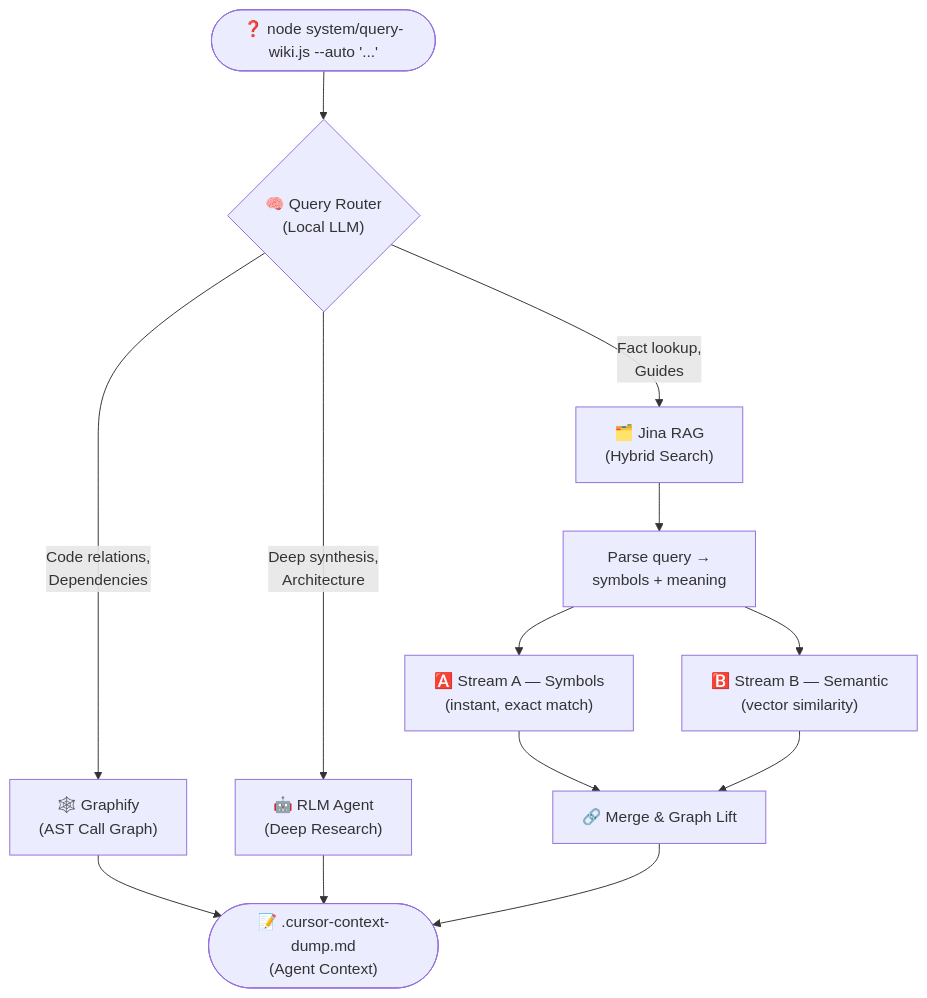
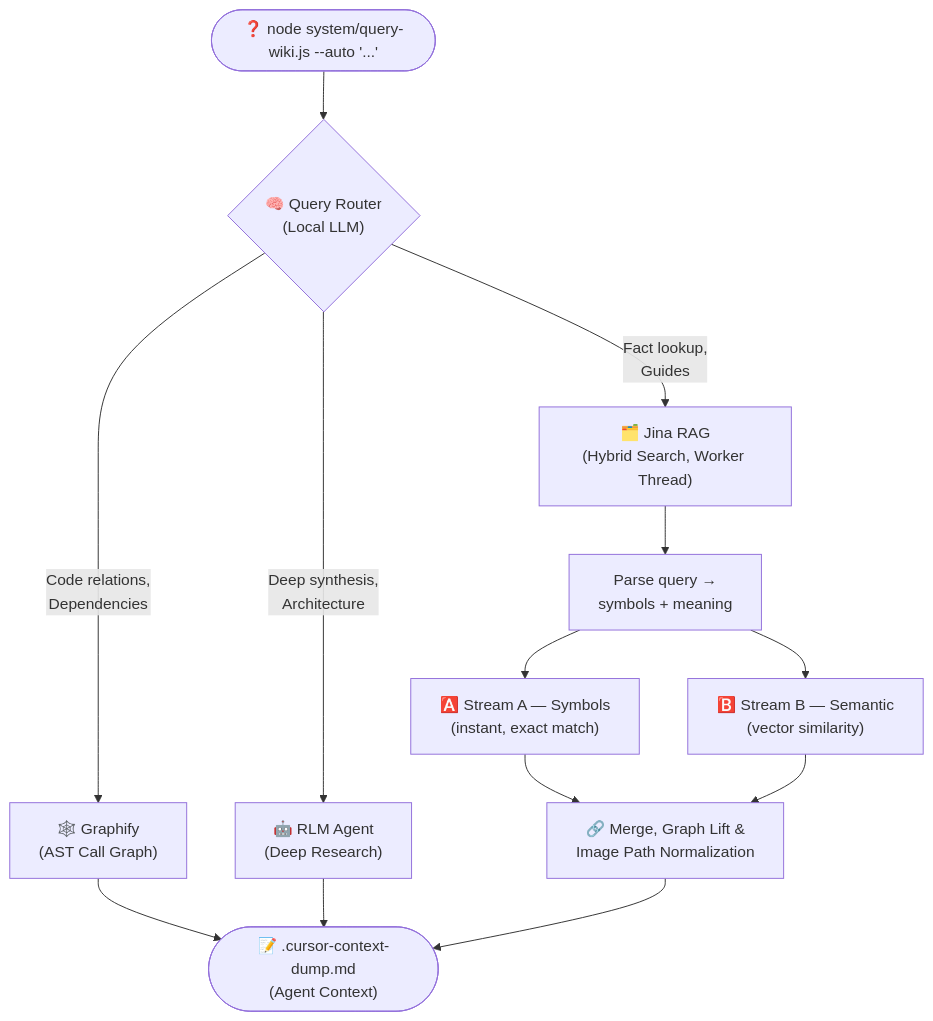
One commit to gDavASko/DavASkoLLMWiki changed the eighth of 11 diagrams in README.md. Above: the diagram before and after it, drawn with Mermaid. The commit also changed other lines of this file and 41 other files, not shown here.

````diff
--- a/README.md
+++ b/README.md
@@ -196,15 +196,15 @@
 ```mermaid
 flowchart TD
     Q(["❓ node system/query-wiki.js --auto '...'"]) --> ROUTER{"🧠 Query Router<br/>(Local LLM)"}
     
     ROUTER -->|Code relations,<br/>Dependencies| G["🕸️ Graphify<br/>(AST Call Graph)"]
     ROUTER -->|Deep synthesis,<br/>Architecture| RLM["🤖 RLM Agent<br/>(Deep Research)"]
-    ROUTER -->|Fact lookup,<br/>Guides| RAG["🗂️ Jina RAG<br/>(Hybrid Search)"]
+    ROUTER -->|Fact lookup,<br/>Guides| RAG["🗂️ Jina RAG<br/>(Hybrid Search, Worker Thread)"]
 
     RAG --> P["Parse query →<br/>symbols + meaning"]
     P --> A["🅰️ Stream A — Symbols<br/>(instant, exact match)"]
     P --> B["🅱️ Stream B — Semantic<br/>(vector similarity)"]
-    A & B --> MERGE["🔗 Merge & Graph Lift"]
+    A & B --> MERGE["🔗 Merge, Graph Lift &<br/>Image Path Normalization"]
 
     G & RLM & MERGE --> DUMP(["📝 .cursor-context-dump.md<br/>(Agent Context)"])
 ```
````
